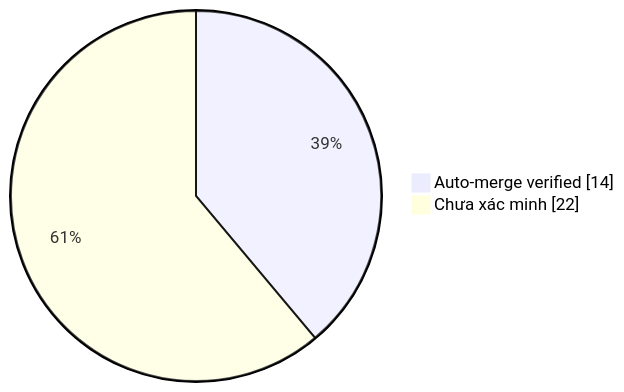
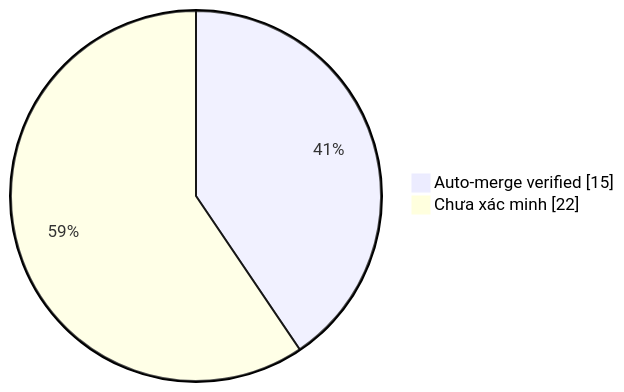
Before and after one commit to duykhang68/tetdinhmuiblog: the diagram in collector.md, drawn with Mermaid. The commit also changed other lines of this file and 1 other file, not shown here.

Commit message:
docs(collector): update auto-merge evidence dashboard

````diff
--- a/collector.md
+++ b/collector.md
@@ -22,5 +22,5 @@
 ```mermaid
 pie showData
-    "Auto-merge verified" : 14
+    "Auto-merge verified" : 15
     "Chưa xác minh" : 22
 ```
````
